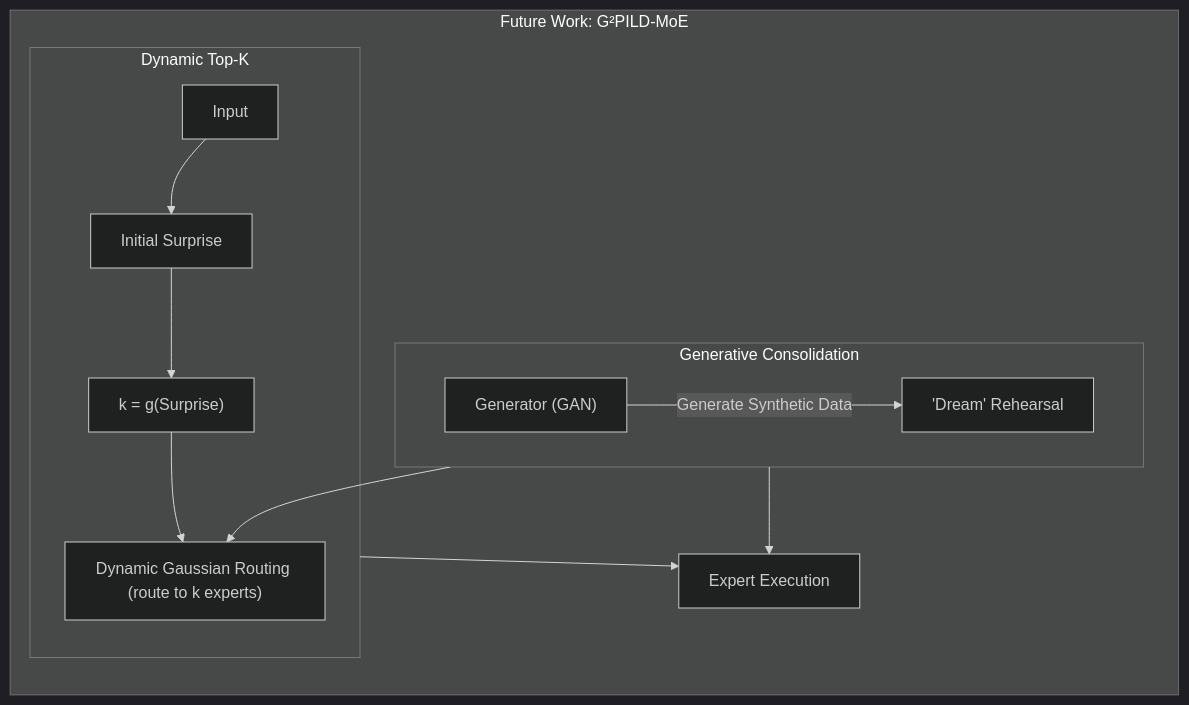
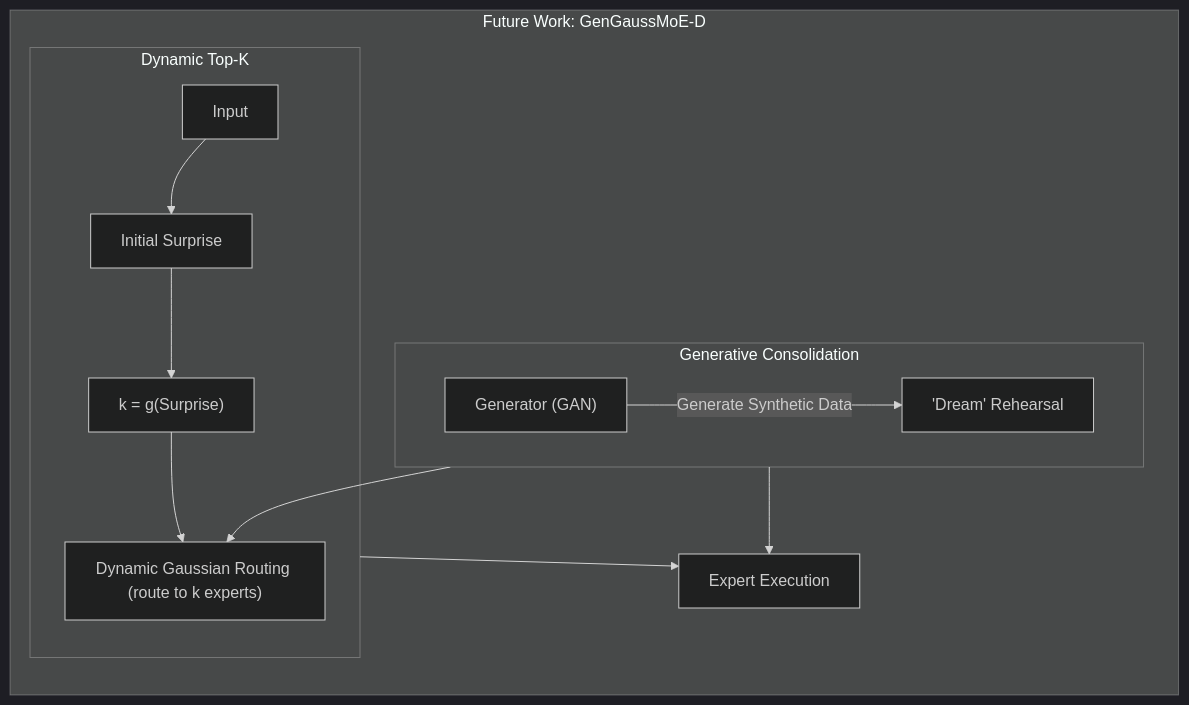
The fourth of 4 diagrams in readme.md (anmoa/PILF), drawn with Mermaid (dark theme) before and after one commit. The commit also changed other lines of this file and 90 other files, not shown here.

````diff
--- a/readme.md
+++ b/readme.md
@@ -145,21 +145,21 @@
 ```mermaid
 graph LR
-    subgraph FutureWork [Future Work: G²PILD-MoE]
+    subgraph FutureWork [Future Work: GenGaussMoE-D]
         direction TB
 
         subgraph DynamicK [Dynamic Top-K]
             Input --> Surprise["Initial Surprise"]
             Surprise --> k_Value["k = g(Surprise)"]
             k_Value --> DynamicGating["Dynamic Gaussian Routing (route to k experts)"]
         end
 
         subgraph GenerativeConsolidation [Generative Consolidation]
             direction LR
             GenerativeModel["Generator (GAN)"] -- "Generate Synthetic Data" --> RehearsalBuffer["'Dream' Rehearsal"]
             RehearsalBuffer --> DynamicGating
         end
 
         DynamicK --> ExpertExecution2["Expert Execution"]
         GenerativeConsolidation --> ExpertExecution2
     end
 ```
````
